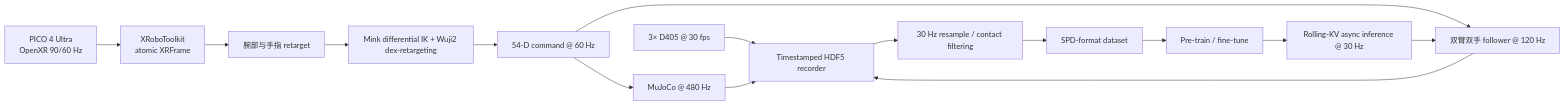
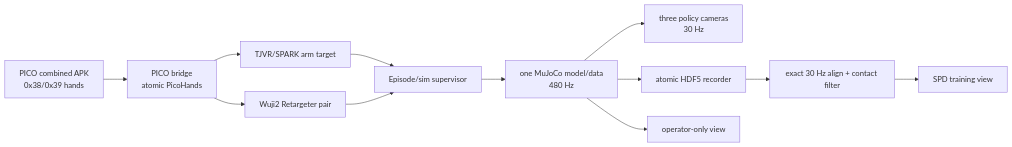
Before and after one commit to suzhelearning/spd: the diagram in SPD_TIANJI_WUJI2_REPRODUCTION_PLAN.md, drawn with Mermaid. The commit also changed other lines of this file and 62 other files, not shown here.

Commit message:
feat: add sim-only spd-vr pipeline

````diff
--- a/SPD_TIANJI_WUJI2_REPRODUCTION_PLAN.md
+++ b/SPD_TIANJI_WUJI2_REPRODUCTION_PLAN.md
@@ -259,17 +235,14 @@
 ```mermaid
 flowchart LR
-  XR[PICO 4 Ultra<br/>OpenXR 90/60 Hz] --> XRT[XRoboToolkit<br/>atomic XRFrame]
-  XRT --> RET[腕部与手指 retarget]
-  RET --> IK[Mink differential IK + Wuji2 dex-retargeting]
-  IK --> CMD[54-D command @ 60 Hz]
-  CMD --> SIM[MuJoCo @ 480 Hz]
-  CMD --> HW[双臂双手 follower @ 120 Hz]
-  CAM[3× D405 @ 30 fps] --> REC[Timestamped HDF5 recorder]
-  SIM --> REC
-  HW --> REC
-  REC --> RESAMPLE[30 Hz resample / contact filtering]
-  RESAMPLE --> DATA[SPD-format dataset]
-  DATA --> TRAIN[Pre-train / fine-tune]
-  TRAIN --> ASYNC[Rolling-KV async inference @ 30 Hz]
-  ASYNC --> HW
+  PICO[PICO combined APK\n0x38/0x39 hands] --> BRIDGE[PICO bridge\natomic PicoHands]
+  BRIDGE --> ARM[TJVR/SPARK arm target]
+  BRIDGE --> HAND[Wuji2 Retargeter pair]
+  ARM --> SUP[Episode/sim supervisor]
+  HAND --> SUP
+  SUP --> SIM[one MuJoCo model/data\n480 Hz]
+  SIM --> CAM[three policy cameras\n30 Hz]
+  SIM --> REC[atomic HDF5 recorder]
+  SIM --> VIEW[operator-only view]
+  REC --> RESAMPLE[exact 30 Hz align + contact filter]
+  RESAMPLE --> DATA[SPD training view]
 ```
````
